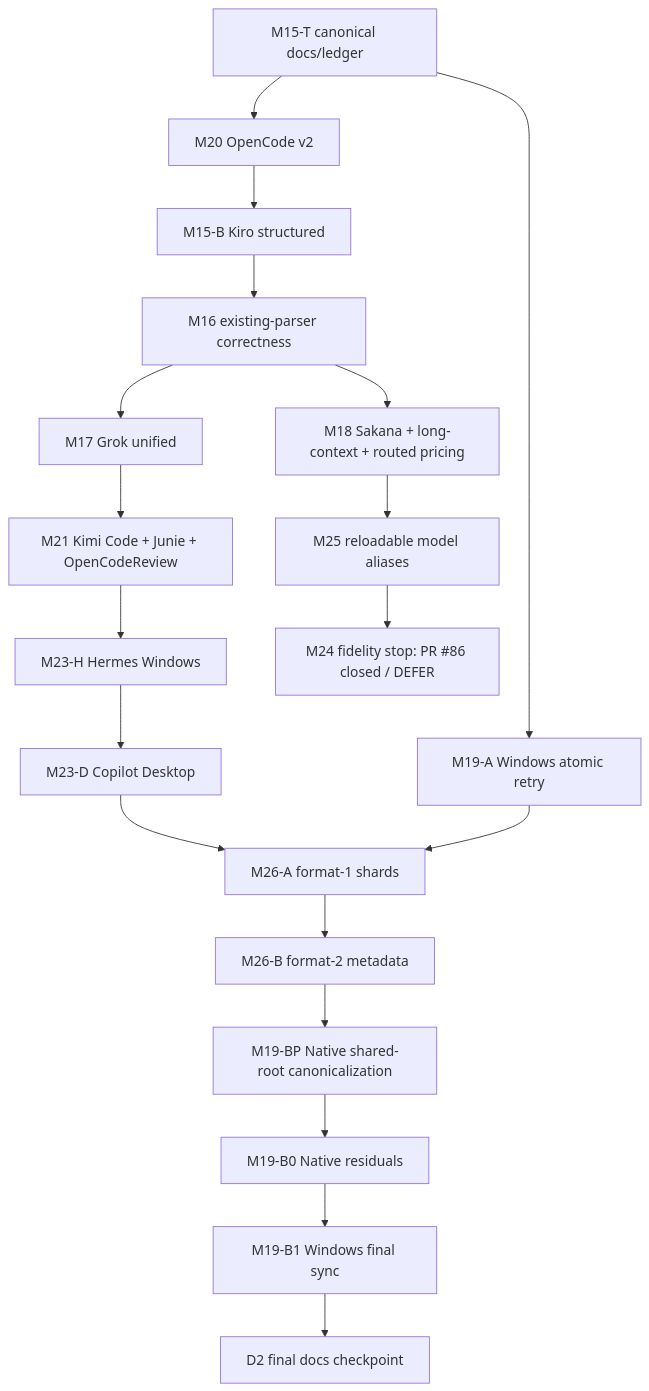
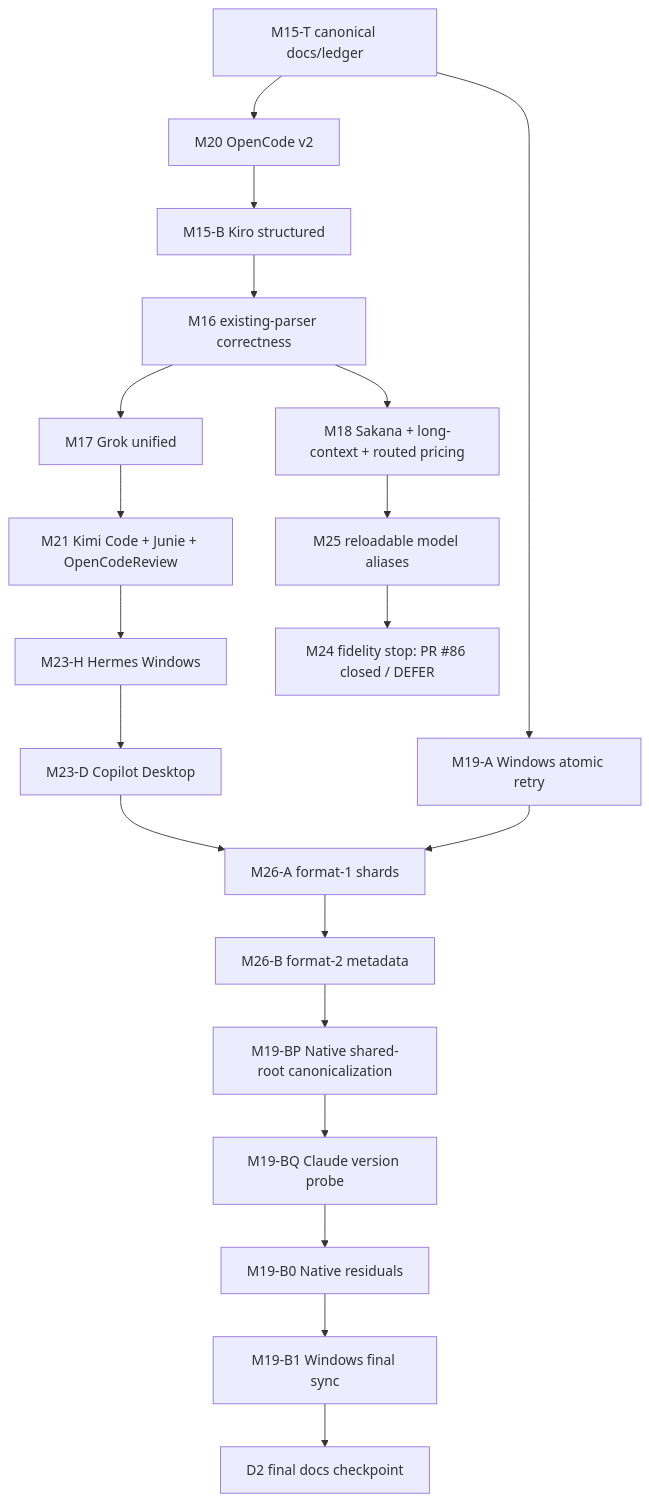
The first of 2 diagrams in docs/knowledge/plans/tokscale-alignment.md (Nanako0129/TokenBar), drawn with Mermaid before and after one commit. The commit also changed other lines of this file and 4 other files, not shown here.

````diff
--- a/docs/knowledge/plans/tokscale-alignment.md
+++ b/docs/knowledge/plans/tokscale-alignment.md
@@ -78,25 +78,26 @@
 ```mermaid
 flowchart TD
     T[M15-T canonical docs/ledger] --> O[M20 OpenCode v2]
     O --> K[M15-B Kiro structured]
     K --> C[M16 existing-parser correctness]
 
     C --> G[M17 Grok unified]
     G --> N1[M21 Kimi Code + Junie + OpenCodeReview]
     N1 --> H[M23-H Hermes Windows]
     H --> D[M23-D Copilot Desktop]
 
     C --> P[M18 Sakana + long-context + routed pricing]
     P --> A[M25 reloadable model aliases]
     A --> W[M24 fidelity stop: PR #86 closed / DEFER]
 
     T --> F[M19-A Windows atomic retry]
 
     D --> SA[M26-A format-1 shards]
     F --> SA
     SA --> SB[M26-B format-2 metadata]
     SB --> BP[M19-BP Native shared-root canonicalization]
-    BP --> W0[M19-B0 Native residuals]
+    BP --> BQ[M19-BQ Claude version probe]
+    BQ --> W0[M19-B0 Native residuals]
     W0 --> W1[M19-B1 Windows final sync]
     W1 --> D2[D2 final docs checkpoint]
 ```
````
